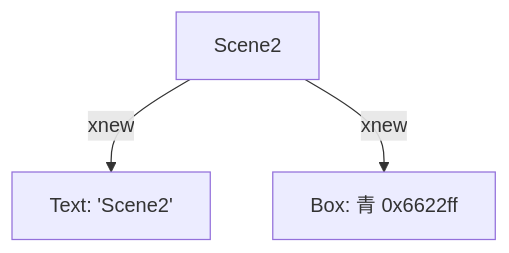
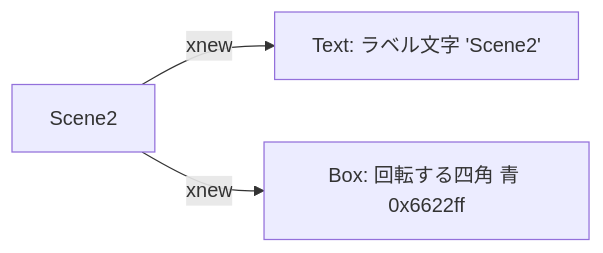
Before and after one commit to mulsense/xnew: the second of 2 diagrams in examples/2_extends/pixi_scenechange/STRUCTURE.md, drawn with Mermaid. The commit also changed other lines of this file and 2 other files, not shown here.

Commit message:
feat: tohoku_drop の構造図を追加しスキルの図表現を改善
xnew-structure スキルで tohoku_drop を可視化した STRUCTURE.md を追加。
あわせて図の表現を改善:
- flowchart を LR にし、子ノードを縦に積んで横圧縮を回避
- 各ノードに役割の簡単な説明を必須化
これらを SKILL.md と既存の pixi_scenechange/STRUCTURE.md にも反映。

````diff
--- a/examples/2_extends/pixi_scenechange/STRUCTURE.md
+++ b/examples/2_extends/pixi_scenechange/STRUCTURE.md
@@ -27,5 +27,5 @@
 ```mermaid
-flowchart TD
-    Scene2 -->|xnew| Text["Text: 'Scene2'"]
-    Scene2 -->|xnew| Box["Box: 青 0x6622ff"]
+flowchart LR
+    Scene2 -->|xnew| Text["Text: ラベル文字 'Scene2'"]
+    Scene2 -->|xnew| Box["Box: 回転する四角 青 0x6622ff"]
 ```
````
